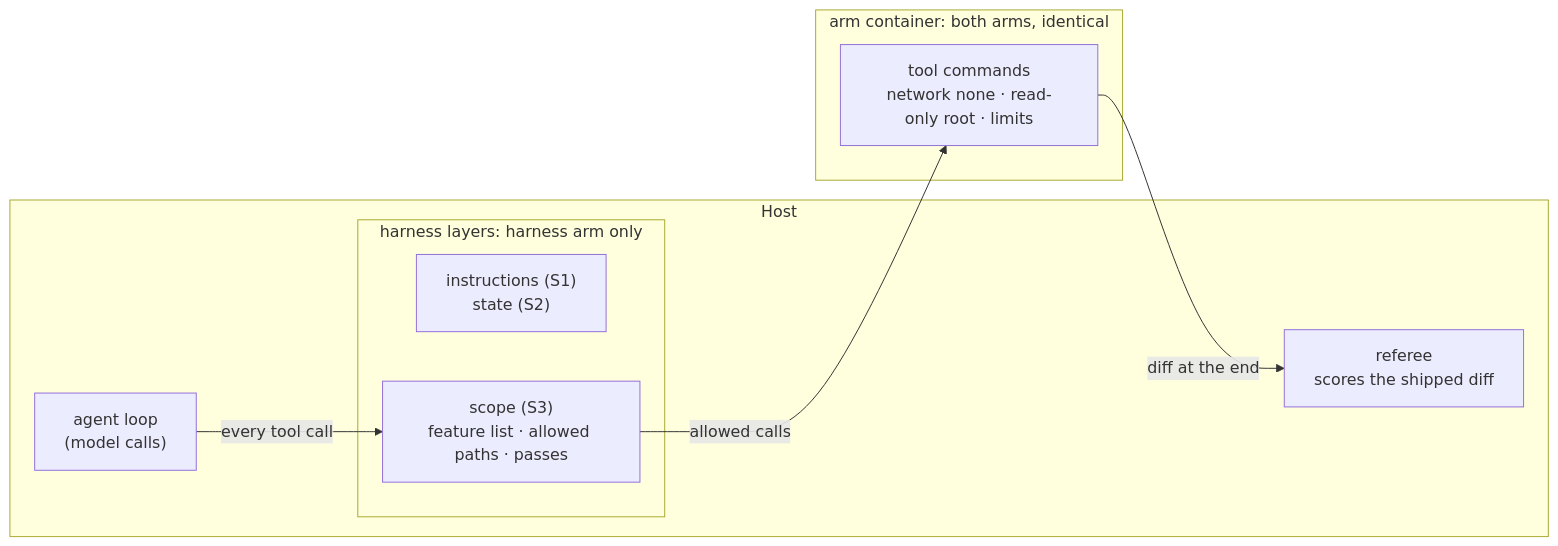
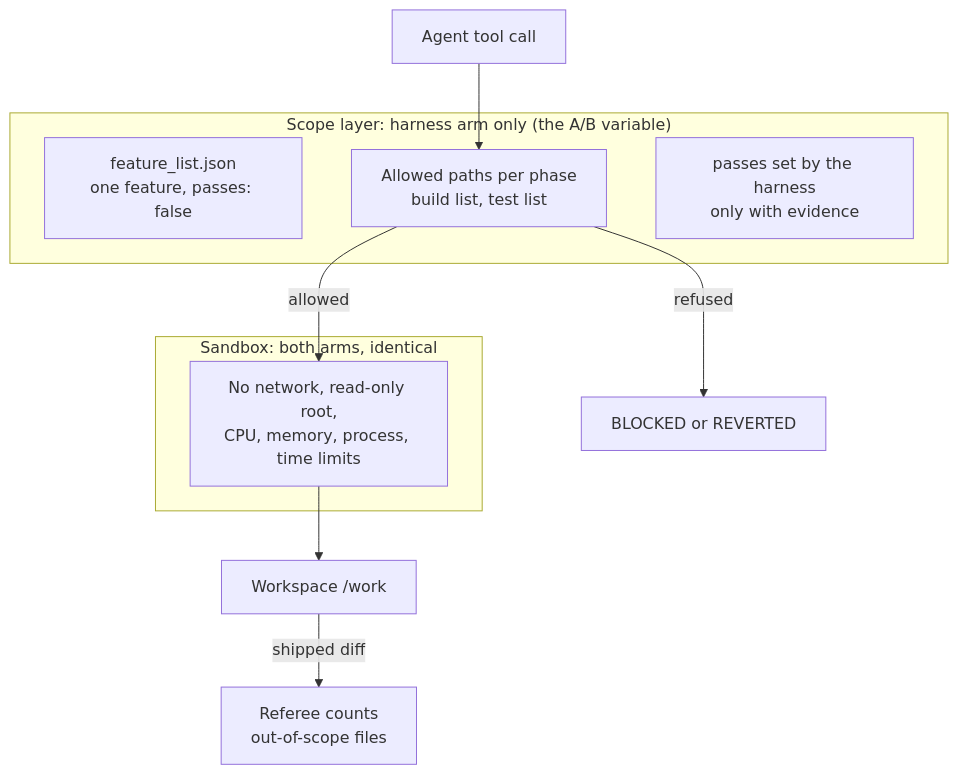
Before and after one commit to ANI-IN/shipharness-dev: the diagram in 03-scope-sandbox/concepts.md, drawn with Mermaid. The commit also changed other lines of this file and 50 other files, not shown here.

````diff
--- a/03-scope-sandbox/concepts.md
+++ b/03-scope-sandbox/concepts.md
@@ -20,17 +65,16 @@
 ```mermaid
-flowchart LR
-  subgraph Host["Host"]
-    Loop["agent loop<br/>(model calls)"]
-    subgraph Layers["harness layers: harness arm only"]
-      I["instructions (S1)<br/>state (S2)"]
-      Sc["scope (S3)<br/>feature list · allowed paths · passes"]
-    end
-    Ref["referee<br/>scores the shipped diff"]
+flowchart TB
+  subgraph Scope["Scope layer: harness arm only (the A/B variable)"]
+    F["feature_list.json<br/>one feature, passes: false"]
+    P["Allowed paths per phase<br/>build list, test list"]
+    S["passes set by the harness<br/>only with evidence"]
   end
-  subgraph Box["arm container: both arms, identical"]
-    Tools["tool commands<br/>network none · read-only root · limits"]
+  subgraph Box["Sandbox: both arms, identical"]
+    N["No network, read-only root,<br/>CPU, memory, process, time limits"]
   end
-  Loop -- "every tool call" --> Sc
-  Sc -- "allowed calls" --> Tools
-  Tools -- "diff at the end" --> Ref
+  A["Agent tool call"] --> P
+  P -->|"allowed"| N
+  P -->|"refused"| X["BLOCKED or REVERTED"]
+  N --> W["Workspace /work"]
+  W -->|"shipped diff"| R["Referee counts<br/>out-of-scope files"]
 ```
````
